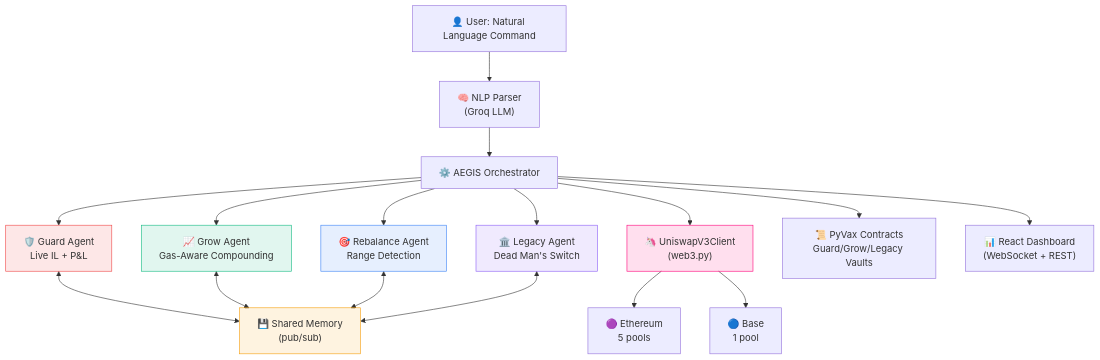
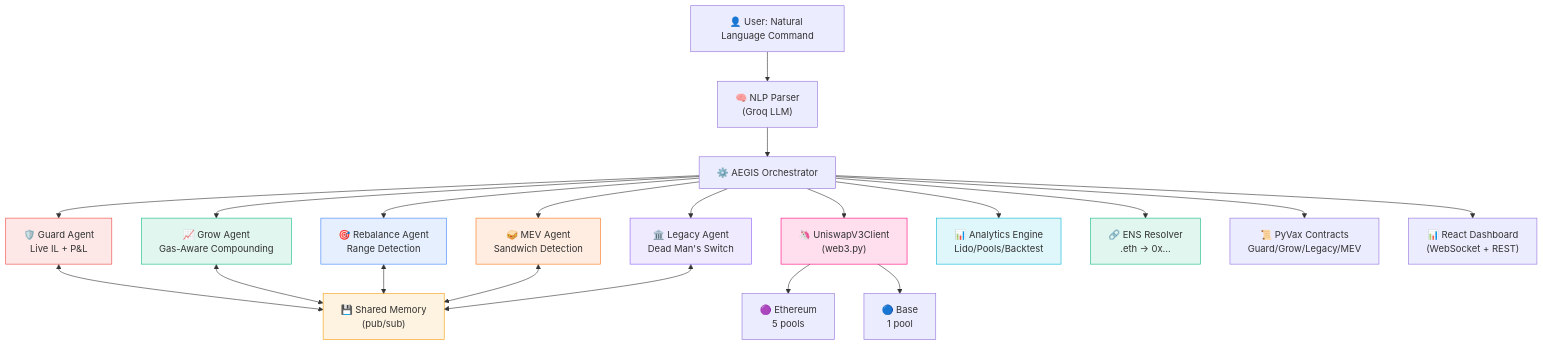
The diagram in README.md (Avila-Princy-M01/AEGIS), drawn with Mermaid before and after one commit. The commit also changed other lines of this file and 40 other files, not shown here.

````diff
--- a/README.md
+++ b/README.md
@@ -95,29 +129,37 @@
 ```mermaid
 flowchart TB
     User["👤 User: Natural Language Command"] --> NLP["🧠 NLP Parser<br/>(Groq LLM)"]
     NLP --> Orch["⚙️ AEGIS Orchestrator"]
     Orch --> Guard["🛡️ Guard Agent<br/>Live IL + P&L"]
     Orch --> Grow["📈 Grow Agent<br/>Gas-Aware Compounding"]
     Orch --> Rebal["🎯 Rebalance Agent<br/>Range Detection"]
+    Orch --> MEV["🥪 MEV Agent<br/>Sandwich Detection"]
     Orch --> Legacy["🏛️ Legacy Agent<br/>Dead Man's Switch"]
     
     Guard <--> Memory["💾 Shared Memory<br/>(pub/sub)"]
     Grow <--> Memory
     Rebal <--> Memory
+    MEV <--> Memory
     Legacy <--> Memory
     
     Orch --> Uni["🦄 UniswapV3Client<br/>(web3.py)"]
     Uni --> ETH["🟣 Ethereum<br/>5 pools"]
     Uni --> BASE["🔵 Base<br/>1 pool"]
     
-    Orch --> PyVax["📜 PyVax Contracts<br/>Guard/Grow/Legacy Vaults"]
+    Orch --> Analytics["📊 Analytics Engine<br/>Lido/Pools/Backtest"]
+    Orch --> ENS["🔗 ENS Resolver<br/>.eth → 0x..."]
+    
+    Orch --> PyVax["📜 PyVax Contracts<br/>Guard/Grow/Legacy/MEV"]
     
     Orch --> Dash["📊 React Dashboard<br/>(WebSocket + REST)"]
     
     style Guard fill:#ef444420,stroke:#ef4444
     style Grow fill:#10b98120,stroke:#10b981
     style Rebal fill:#3b82f620,stroke:#3b82f6
+    style MEV fill:#f9731620,stroke:#f97316
     style Legacy fill:#8b5cf620,stroke:#8b5cf6
     style Memory fill:#f59e0b20,stroke:#f59e0b
     style Uni fill:#ff007a20,stroke:#ff007a
+    style Analytics fill:#06b6d420,stroke:#06b6d4
+    style ENS fill:#10b98120,stroke:#10b981
 ```
````
